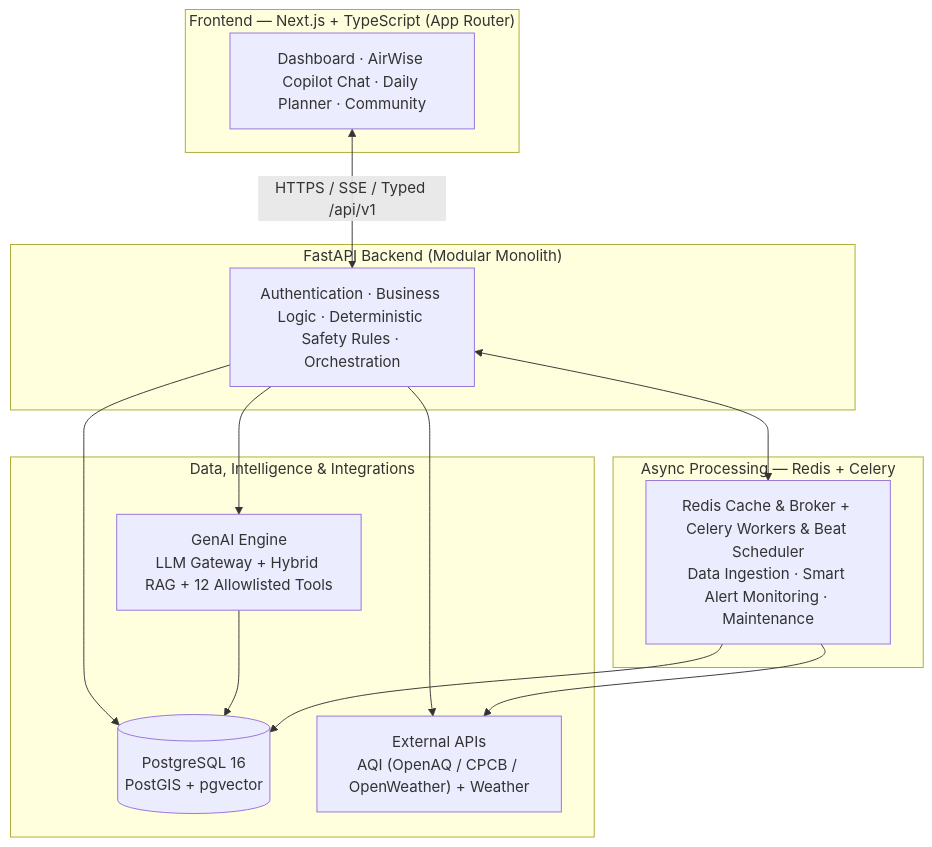
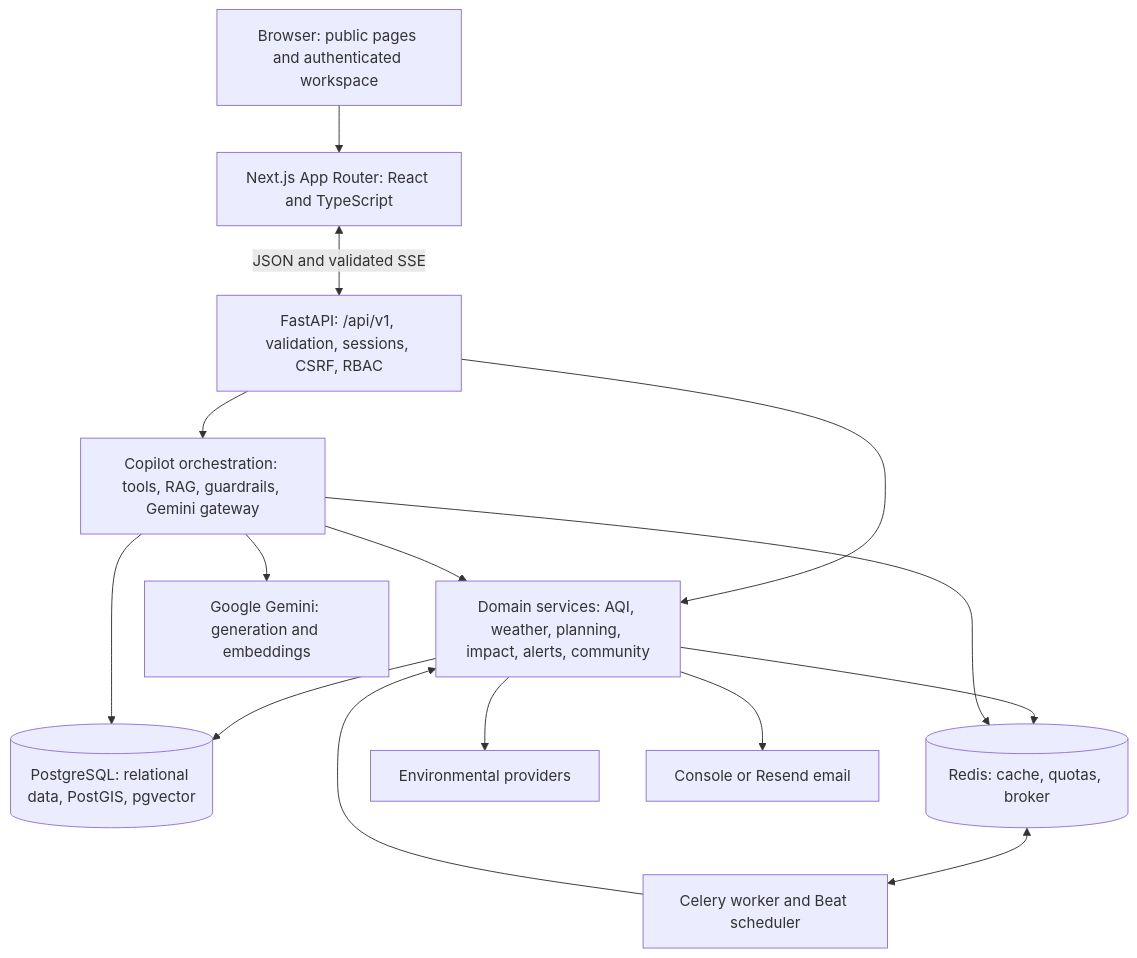
One commit to salman-momin08/airwise changed the second of 6 diagrams in README.md. Above: the diagram before and after it, drawn with Mermaid. The commit also changed other lines of this file, not shown here.

````diff
--- a/README.md
+++ b/README.md
@@ -16,29 +133,29 @@
 ```mermaid
 flowchart TB
-    subgraph Client["Frontend — Next.js + TypeScript (App Router)"]
-        UI["Dashboard · AirWise Copilot Chat · Daily Planner · Community"]
-    end
+    Browser["Browser: public pages and authenticated workspace"]
+    UI["Next.js App Router: React and TypeScript"]
+    API["FastAPI: /api/v1, validation, sessions, CSRF, RBAC"]
+    Domains["Domain services: AQI, weather, planning, impact, alerts, community"]
+    AI["Copilot orchestration: tools, RAG, guardrails, Gemini gateway"]
+    PG[("PostgreSQL: relational data, PostGIS, pgvector")]
+    Redis[("Redis: cache, quotas, broker")]
+    Workers["Celery worker and Beat scheduler"]
+    Environment["Environmental providers"]
+    Gemini["Google Gemini: generation and embeddings"]
+    Email["Console or Resend email"]
 
-    subgraph API["FastAPI Backend (Modular Monolith)"]
-        Core["Authentication · Business Logic · Deterministic Safety Rules · Orchestration"]
-    end
-
-    subgraph DataAndAI["Data, Intelligence & Integrations"]
-        PG[("PostgreSQL 16\nPostGIS + pgvector")]
-        GenAI["GenAI Engine\nLLM Gateway + Hybrid RAG + 12 Allowlisted Tools"]
-        Ext["External APIs\nAQI (OpenAQ / CPCB / OpenWeather) + Weather"]
-    end
-
-    subgraph Async["Async Processing — Redis + Celery"]
-        Workers["Redis Cache & Broker + Celery Workers & Beat Scheduler\nData Ingestion · Smart Alert Monitoring · Maintenance"]
-    end
-
-    UI <-->|"HTTPS / SSE / Typed /api/v1"| Core
-    Core --> PG
-    Core --> GenAI
-    Core --> Ext
-    GenAI --> PG
-    Core <--> Workers
-    Workers --> PG
-    Workers --> Ext
+    Browser --> UI
+    UI <-->|"JSON and validated SSE"| API
+    API --> Domains
+    API --> AI
+    Domains --> PG
+    Domains --> Redis
+    Domains --> Environment
+    AI --> Domains
+    AI --> PG
+    AI --> Redis
+    AI --> Gemini
+    Redis <--> Workers
+    Workers --> Domains
+    Domains --> Email
 ```
````
